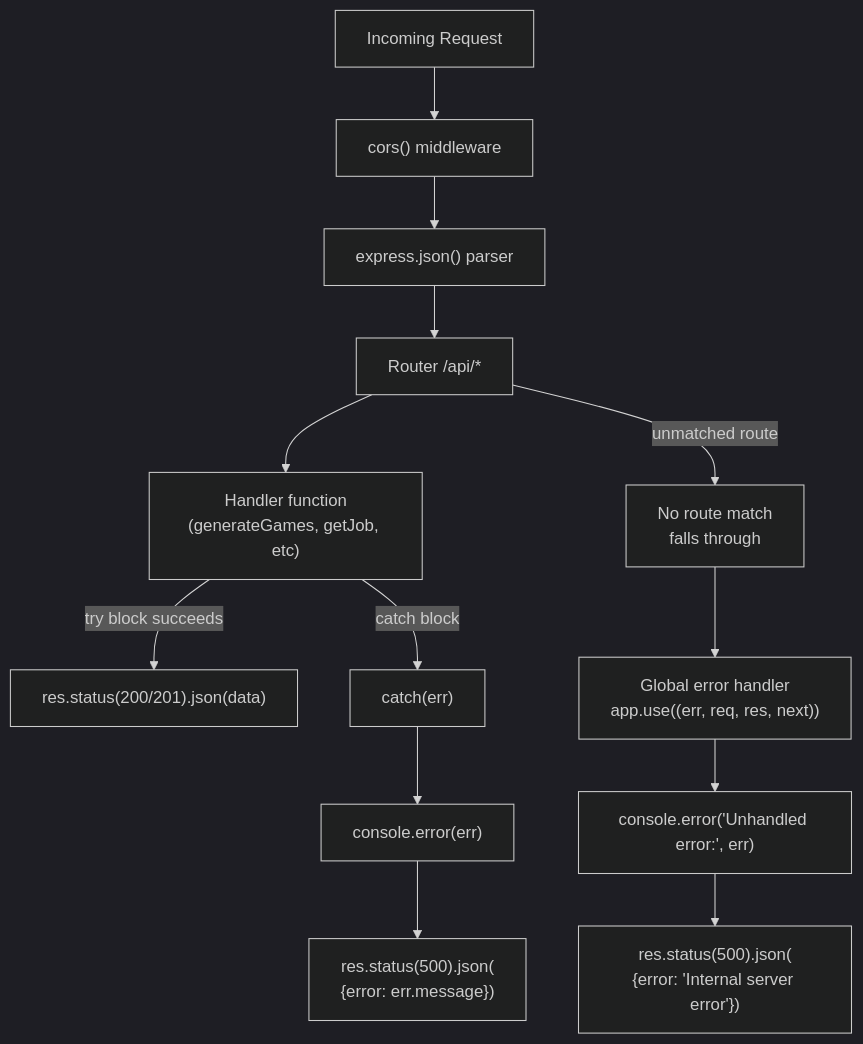
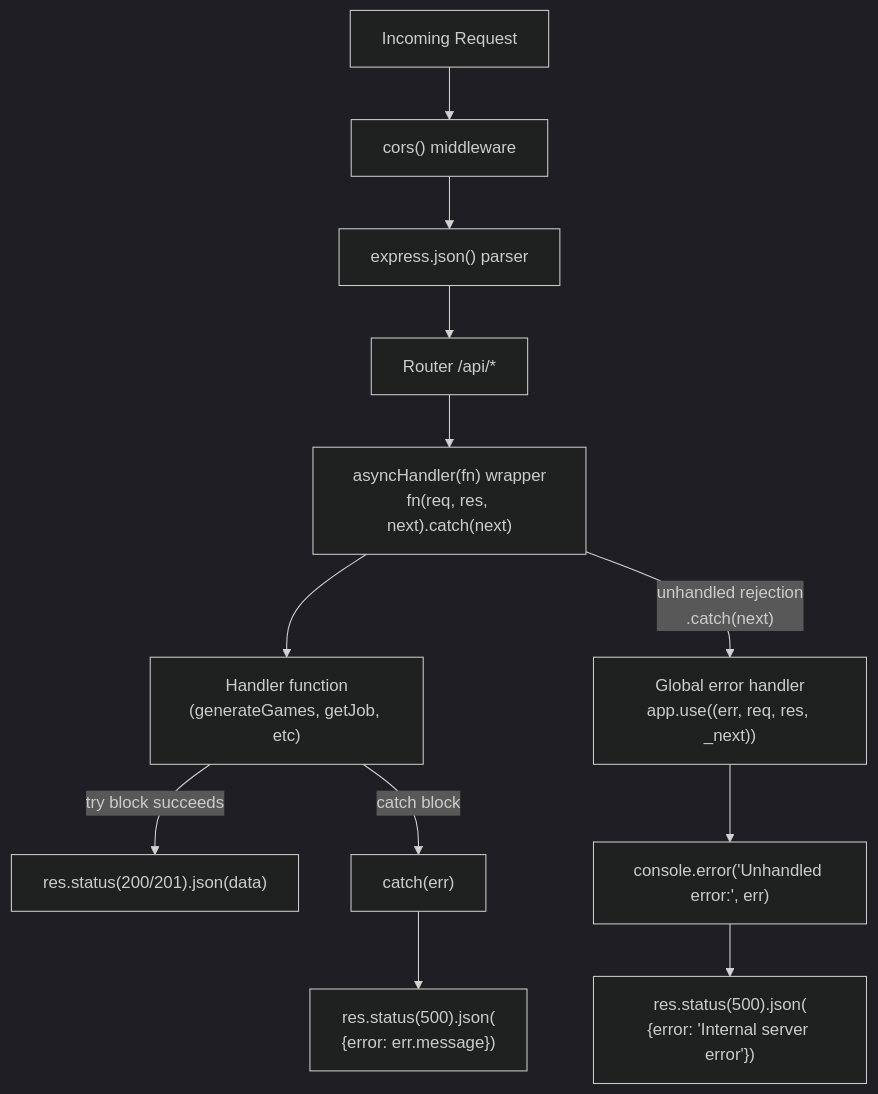
One commit to J-Gierend/gamePocGen changed the first of 9 diagrams in AI/document/10-error-handling.md. Above: the diagram before and after it, drawn with Mermaid (dark theme). The commit also changed other lines of this file and 12 other files, not shown here.

First line of the commit message:
fix: regenerate all architecture docs from current source

````diff
--- a/AI/document/10-error-handling.md
+++ b/AI/document/10-error-handling.md
@@ -3,19 +3,17 @@
 ```mermaid
 graph TD
     REQ["Incoming Request"] --> CORS["cors() middleware"]
     CORS --> JSON["express.json() parser"]
     JSON --> ROUTER["Router /api/*"]
 
-    ROUTER --> HANDLER["Handler function\n(generateGames, getJob, etc)"]
+    ROUTER --> ASYNC["asyncHandler(fn) wrapper<br/>fn(req, res, next).catch(next)"]
+    ASYNC --> HANDLER["Handler function<br/>(generateGames, getJob, etc)"]
 
     HANDLER -->|"try block succeeds"| SUCCESS["res.status(200/201).json(data)"]
     HANDLER -->|"catch block"| CATCH["catch(err)"]
-    CATCH --> LOG["console.error(err)"]
-    LOG --> ERR500["res.status(500).json(\n{error: err.message})"]
+    CATCH --> ERR500["res.status(500).json(<br/>{error: err.message})"]
 
-    ROUTER -->|"unmatched route"| MISS["No route match\nfalls through"]
-
-    MISS --> GLOBAL["Global error handler\napp.use((err, req, res, next))"]
-    GLOBAL --> LOG2["console.error('Unhandled error:', err)"]
-    LOG2 --> ERR500_2["res.status(500).json(\n{error: 'Internal server error'})"]
+    ASYNC -->|"unhandled rejection<br/>.catch(next)"| GLOBAL["Global error handler<br/>app.use((err, req, res, _next))"]
+    GLOBAL --> LOG["console.error('Unhandled error:', err)"]
+    LOG --> ERR500_G["res.status(500).json(<br/>{error: 'Internal server error'})"]
 ```
````
